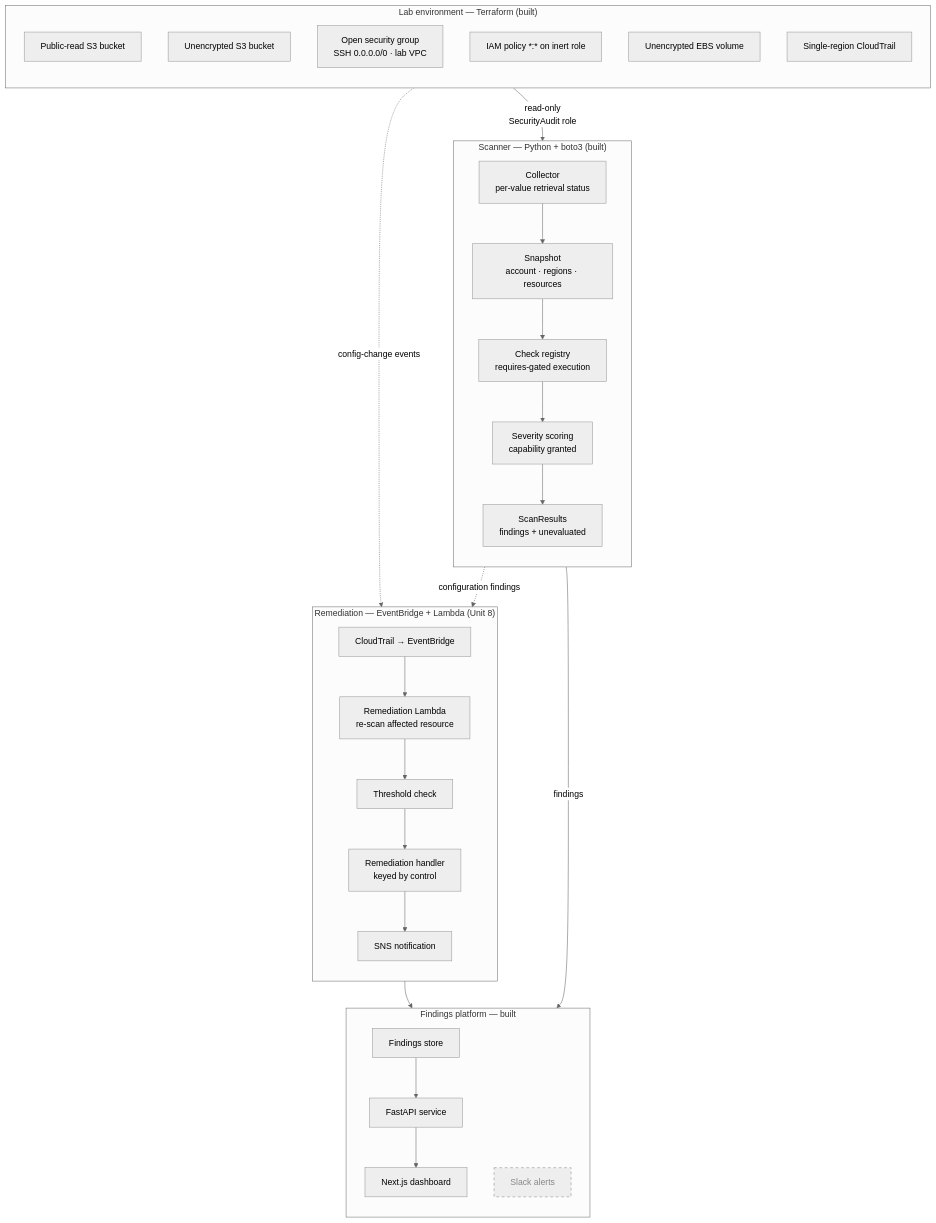
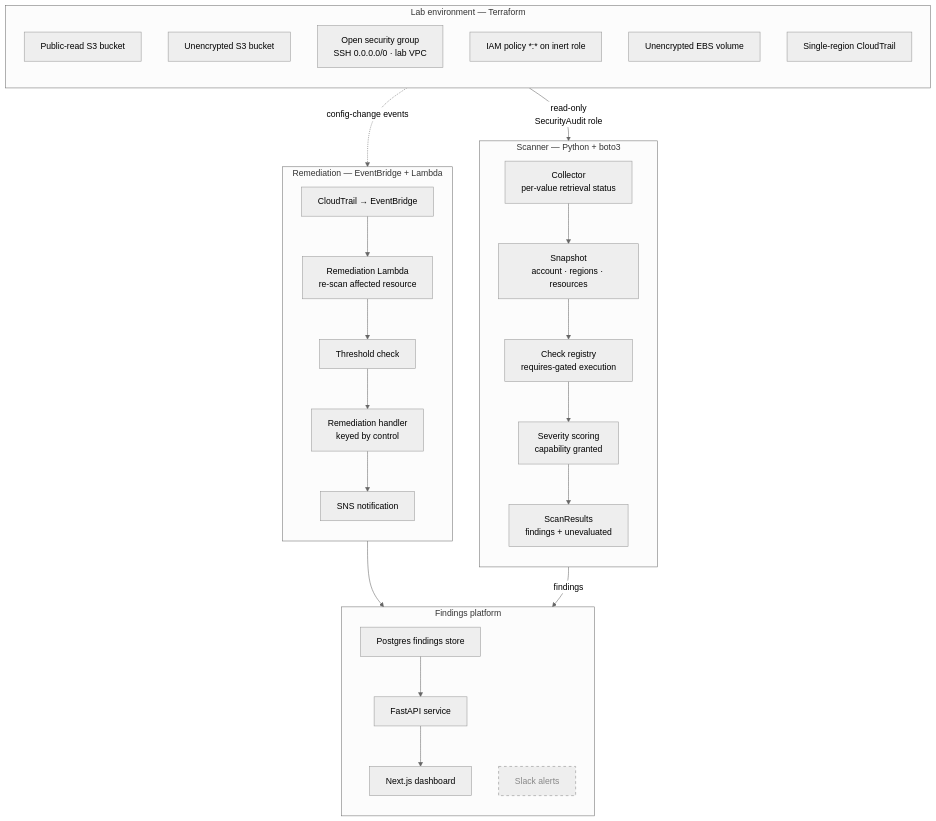
Before and after one commit to DevAnnafi/AWS-Security-Posture-Monitor: the diagram in README.md, drawn with Mermaid (neutral theme). The commit also changed other lines of this file, not shown here.

Commit message:
Unit 11: exclude frontend and build artifacts from Lambda package

````diff
--- a/README.md
+++ b/README.md
@@ -21,89 +23,49 @@
 ```mermaid
+flowchart TB
+    subgraph LAB["Lab environment — Terraform"]
+        direction TB
+        L1["Public-read S3 bucket"]
+        L2["Unencrypted S3 bucket"]
+        L3["Open security group<br/>SSH 0.0.0.0/0 · lab VPC"]
+        L4["IAM policy *:* on inert role"]
+        L5["Unencrypted EBS volume"]
+        L6["Single-region CloudTrail"]
+    end
 
-flowchart TB
+    subgraph SCANNER["Scanner — Python + boto3"]
+        direction TB
+        C1["Collector<br/>per-value retrieval status"]
+        C2["Snapshot<br/>account · regions · resources"]
+        C3["Check registry<br/>requires-gated execution"]
+        C4["Severity scoring<br/>capability granted"]
+        C5["ScanResults<br/>findings + unevaluated"]
+        C1 --> C2 --> C3 --> C4 --> C5
+    end
 
-    subgraph LAB["Lab environment — Terraform (built)"]
+    subgraph REMEDIATION["Remediation — EventBridge + Lambda"]
+        direction TB
+        R1["CloudTrail → EventBridge"]
+        R2["Remediation Lambda<br/>re-scan affected resource"]
+        R3["Threshold check"]
+        R4["Remediation handler<br/>keyed by control"]
+        R5["SNS notification"]
+        R1 --> R2 --> R3 --> R4 --> R5
+    end
 
-        direction TB
+    subgraph PLATFORM["Findings platform"]
+        direction TB
+        F1["Postgres findings store"]
+        F2["FastAPI service"]
+        F3["Next.js dashboard"]
+        F4["Slack alerts"]
+        F1 --> F2 --> F3
+    end
 
-        L1["Public-read S3 bucket"]
+    LAB -->|"read-only<br/>SecurityAudit role"| C1
+    C5 -->|"findings"| F1
+    LAB -.->|"config-change events"| R1
+    R5 --> F4
 
-        L2["Unencrypted S3 bucket"]
-
-        L3["Open security group<br/>SSH 0.0.0.0/0 · lab VPC"]
-
-        L4["IAM policy *:* on inert role"]
-
-        L5["Unencrypted EBS volume"]
-
-        L6["Single-region CloudTrail"]
-
-    end
-
-    subgraph SCANNER["Scanner — Python + boto3 (built)"]
-
-        direction TB
-
-        C1["Collector<br/>per-value retrieval status"]
-
-        C2["Snapshot<br/>account · regions · resources"]
-
-        C3["Check registry<br/>requires-gated execution"]
-
-        C4["Severity scoring<br/>capability granted"]
-
-        C5["ScanResults<br/>findings + unevaluated"]
-
-        C1 --> C2 --> C3 --> C4 --> C5
-
-    end
-
-    subgraph REMEDIATION["Remediation — EventBridge + Lambda (Unit 8)"]
-
-        direction TB
-
-        R1["CloudTrail → EventBridge"]
-
-        R2["Remediation Lambda<br/>re-scan affected resource"]
-
-        R3["Threshold check"]
-
-        R4["Remediation handler<br/>keyed by control"]
-
-        R5["SNS notification"]
-
-        R1 --> R2 --> R3 --> R4 --> R5
-
-    end
-
-    subgraph PLATFORM["Findings platform — built"]
-
-        direction TB
-
-        F1["Findings store"]
-
-        F2["FastAPI service"]
-
-        F3["Next.js dashboard"]
-
-        F4["Slack alerts"]
-
-        F1 --> F2 --> F3
-
-    end
-
-    LAB -->|"read-only<br/>SecurityAudit role"| C1
-
-    C5 -->|"findings"| F1
-
-    C5 -.->|"configuration findings"| REMEDIATION
-
-    R5 --> F4
-
-    LAB -.->|"config-change events"| R1
-
-    classDef planned stroke-dasharray:5 5,stroke:#888,color:#888;
-
-    class F4 planned;
-
+    classDef planned stroke-dasharray:5 5,stroke:#888,color:#888;
+    class F4 planned;
 ```
````
